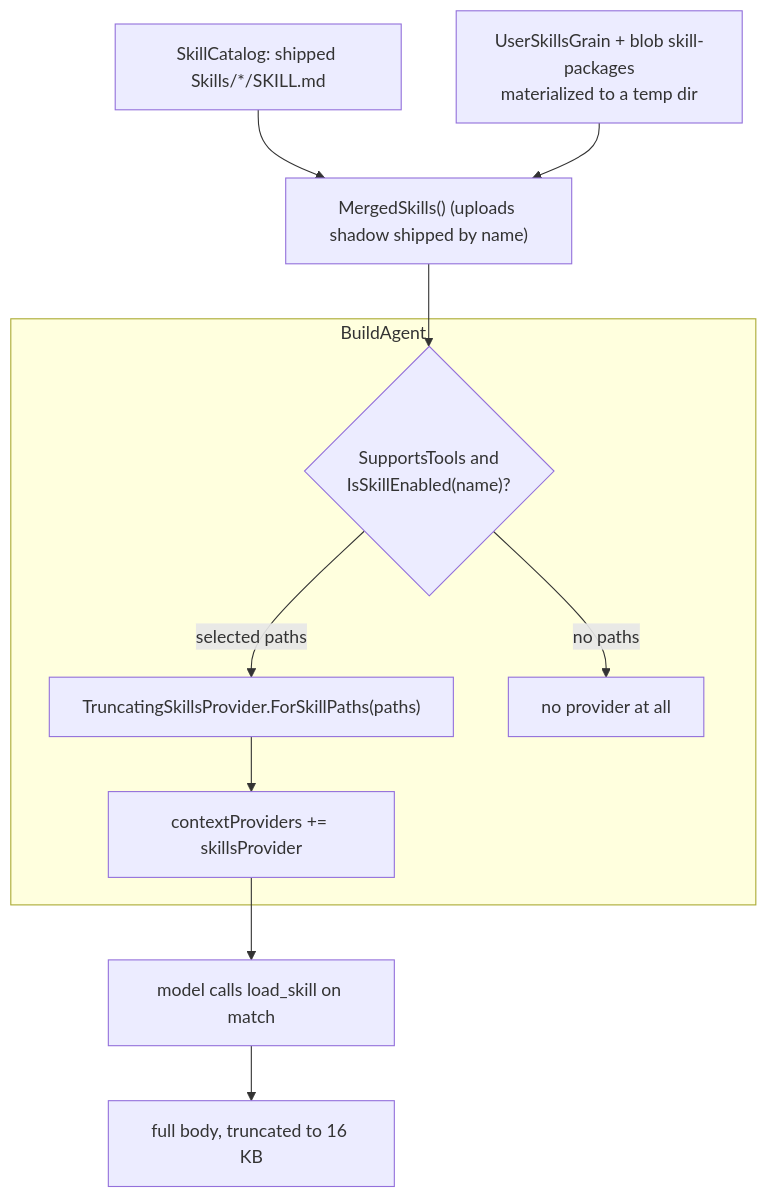
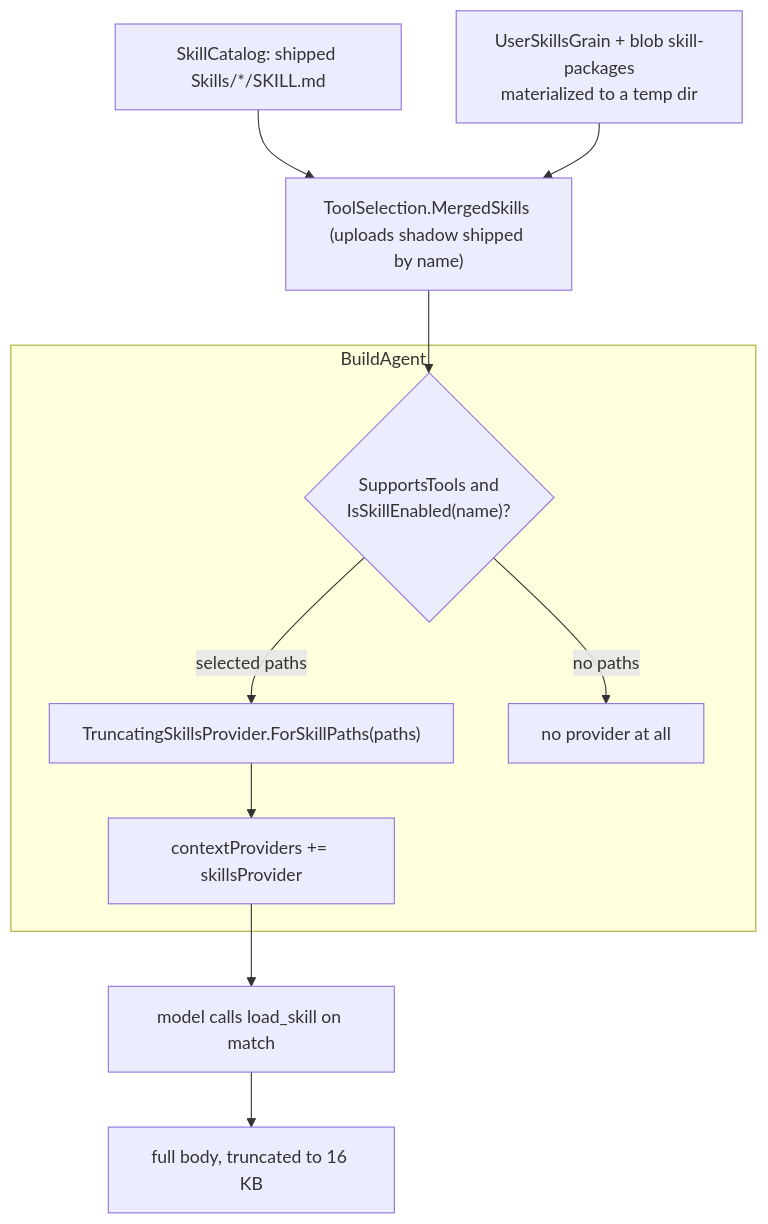
Before and after one commit to Expecho/Agent42: the diagram in docs/features/skills.md, drawn with Mermaid. The commit also changed other lines of this file and 63 other files, not shown here.

````diff
--- a/docs/features/skills.md
+++ b/docs/features/skills.md
@@ -25,12 +25,12 @@
 ```mermaid
 flowchart TD
     SHIP["SkillCatalog: shipped Skills/*/SKILL.md"] --> MERGE
     UP["UserSkillsGrain + blob skill-packages<br/>materialized to a temp dir"] --> MERGE
-    MERGE["MergedSkills() (uploads shadow shipped by name)"] --> SEL
+    MERGE["ToolSelection.MergedSkills (uploads shadow shipped by name)"] --> SEL
     subgraph BuildAgent
       SEL{"SupportsTools and<br/>IsSkillEnabled(name)?"} -->|"selected paths"| CONSTRUCT
       CONSTRUCT["TruncatingSkillsProvider.ForSkillPaths(paths)"] --> REG["contextProviders += skillsProvider"]
       SEL -->|"no paths"| DROP["no provider at all"]
     end
     REG --> LOAD["model calls load_skill on match"] --> BODY["full body, truncated to 16 KB"]
 ```
````
